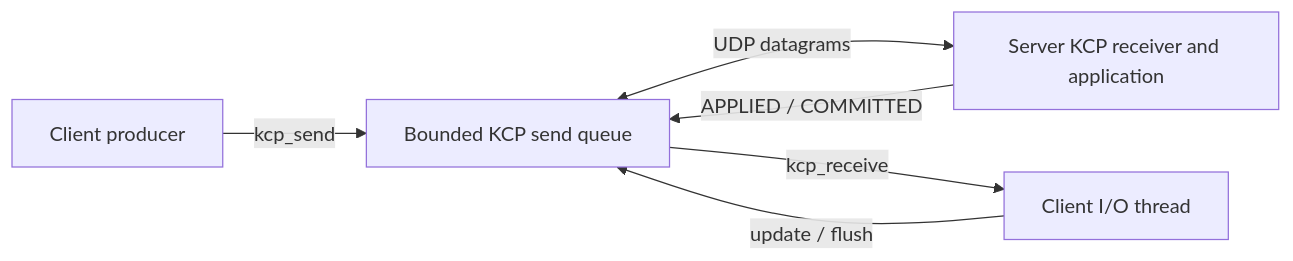
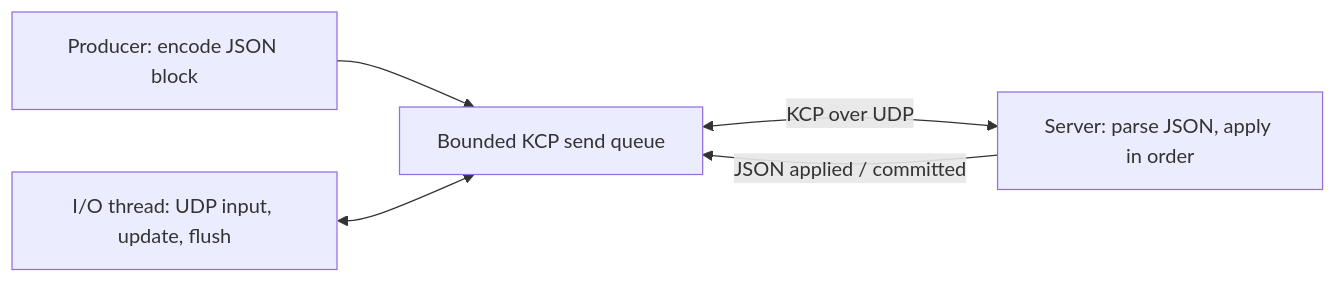
Before and after one commit to HuangX666/hx_c_platform: the diagram in docs/KCP_BUSINESS.md, drawn with Mermaid. The commit also changed other lines of this file and 32 other files, not shown here.

````diff
--- a/docs/KCP_BUSINESS.md
+++ b/docs/KCP_BUSINESS.md
@@ -43,8 +43,7 @@
 ```mermaid
 flowchart LR
-    P[Client producer] -->|kcp_send| Q[Bounded KCP send queue]
-    IO[Client I/O thread] -->|update / flush| Q
-    Q <-->|UDP datagrams| S[Server KCP receiver and application]
-    S -->|APPLIED / COMMITTED| Q
-    Q -->|kcp_receive| IO
+    P[Producer: encode JSON block] --> Q[Bounded KCP send queue]
+    IO[I/O thread: UDP input, update, flush] <--> Q
+    Q <-->|KCP over UDP| S[Server: parse JSON, apply in order]
+    S -->|JSON applied / committed| Q
 ```
````
